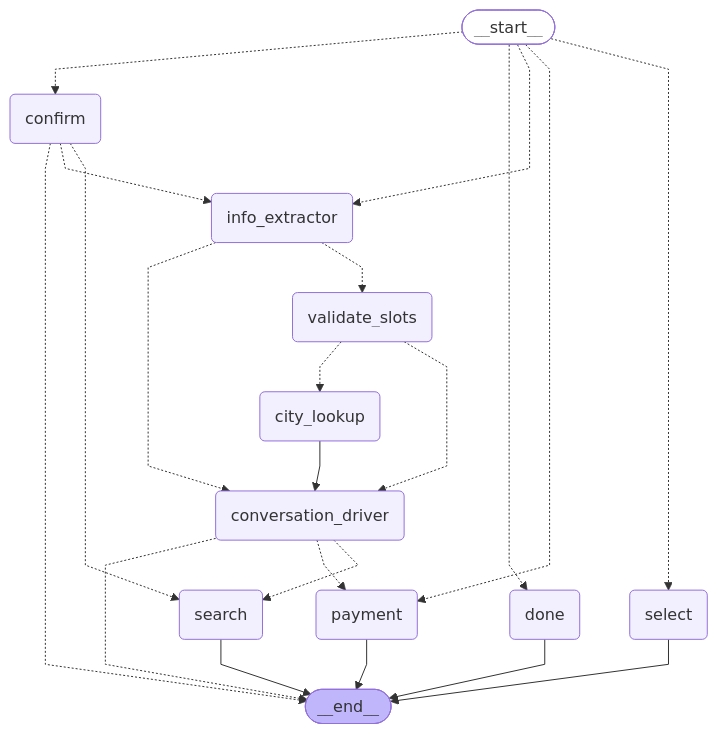
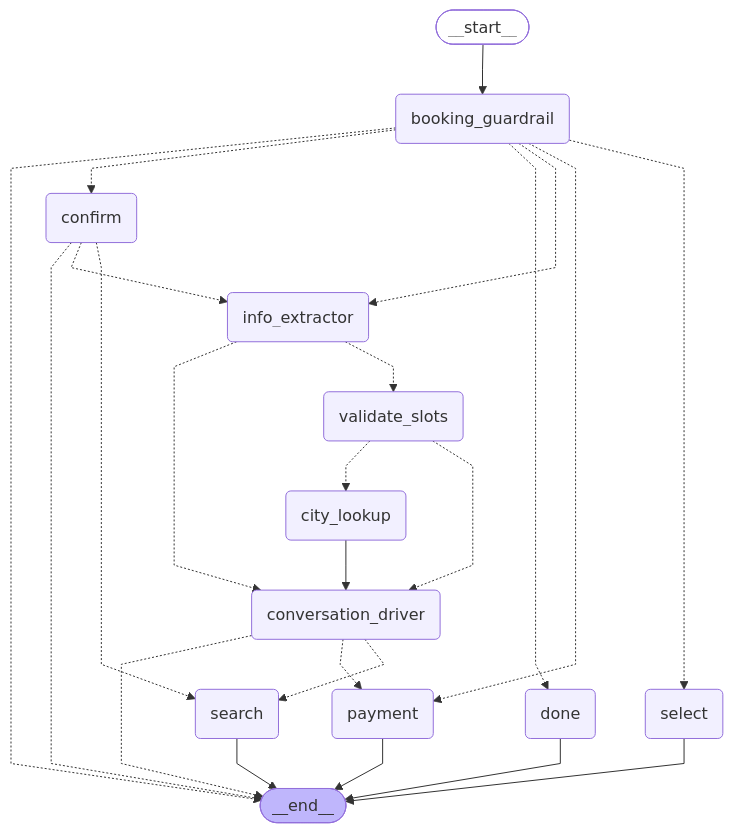
One commit to nagyist/agentic-ai-usecases changed the diagram in advanced/flight-booking-assistant/graph/booking_subgraph.md. Above: the diagram before and after it, drawn with Mermaid. The commit also changed 3 other files, not shown here.

Commit message:
updated graphs

````diff
--- a/advanced/flight-booking-assistant/graph/booking_subgraph.md
+++ b/advanced/flight-booking-assistant/graph/booking_subgraph.md
@@ -3,43 +3,46 @@
 ```mermaid
 ---
 config:
   flowchart:
     curve: linear
 ---
 graph TD;
 	__start__([<p>__start__</p>]):::first
+	booking_guardrail(booking_guardrail)
 	info_extractor(info_extractor)
 	validate_slots(validate_slots)
 	city_lookup(city_lookup)
 	conversation_driver(conversation_driver)
 	confirm(confirm)
 	search(search)
 	select(select)
 	payment(payment)
 	done(done)
 	__end__([<p>__end__</p>]):::last
-	__start__ -.-> confirm;
-	__start__ -.-> done;
-	__start__ -.-> info_extractor;
-	__start__ -.-> payment;
-	__start__ -.-> select;
+	__start__ --> booking_guardrail;
+	booking_guardrail -.-> __end__;
+	booking_guardrail -.-> confirm;
+	booking_guardrail -.-> done;
+	booking_guardrail -.-> info_extractor;
+	booking_guardrail -.-> payment;
+	booking_guardrail -.-> select;
 	city_lookup --> conversation_driver;
 	confirm -.-> __end__;
 	confirm -.-> info_extractor;
 	confirm -.-> search;
 	conversation_driver -.-> __end__;
 	conversation_driver -.-> payment;
 	conversation_driver -.-> search;
 	info_extractor -.-> conversation_driver;
 	info_extractor -.-> validate_slots;
 	validate_slots -.-> city_lookup;
 	validate_slots -.-> conversation_driver;
 	done --> __end__;
 	payment --> __end__;
 	search --> __end__;
 	select --> __end__;
 	classDef default fill:#f2f0ff,line-height:1.2
 	classDef first fill-opacity:0
 	classDef last fill:#bfb6fc
 
 ```
````
